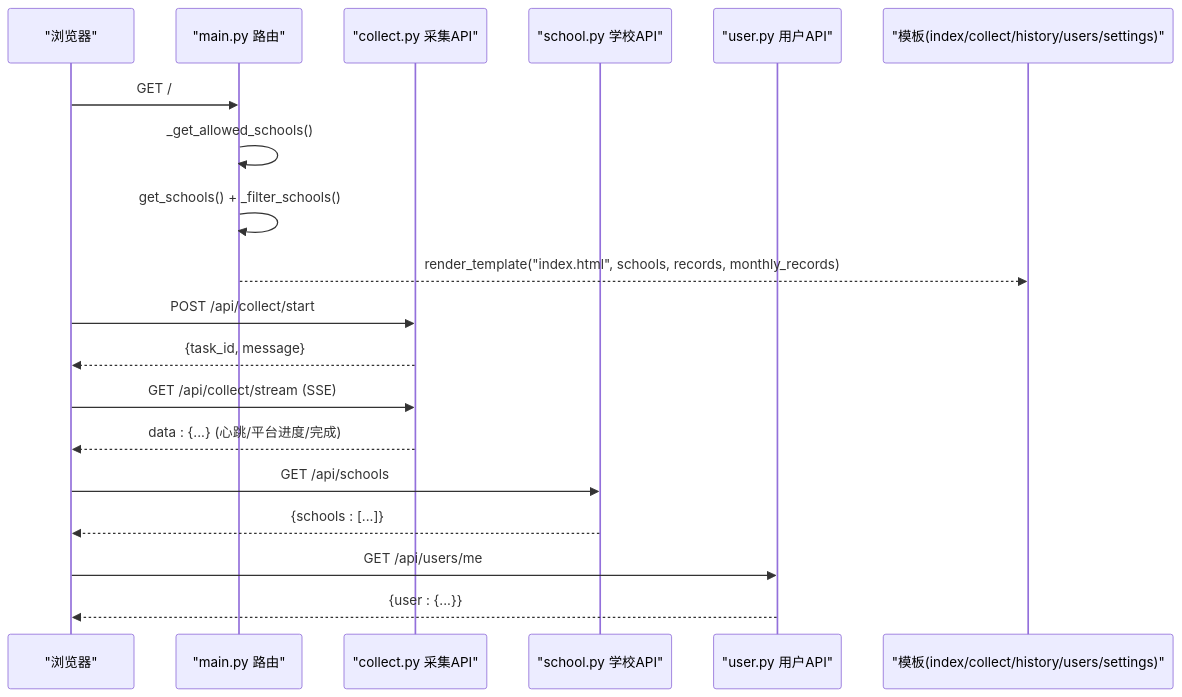
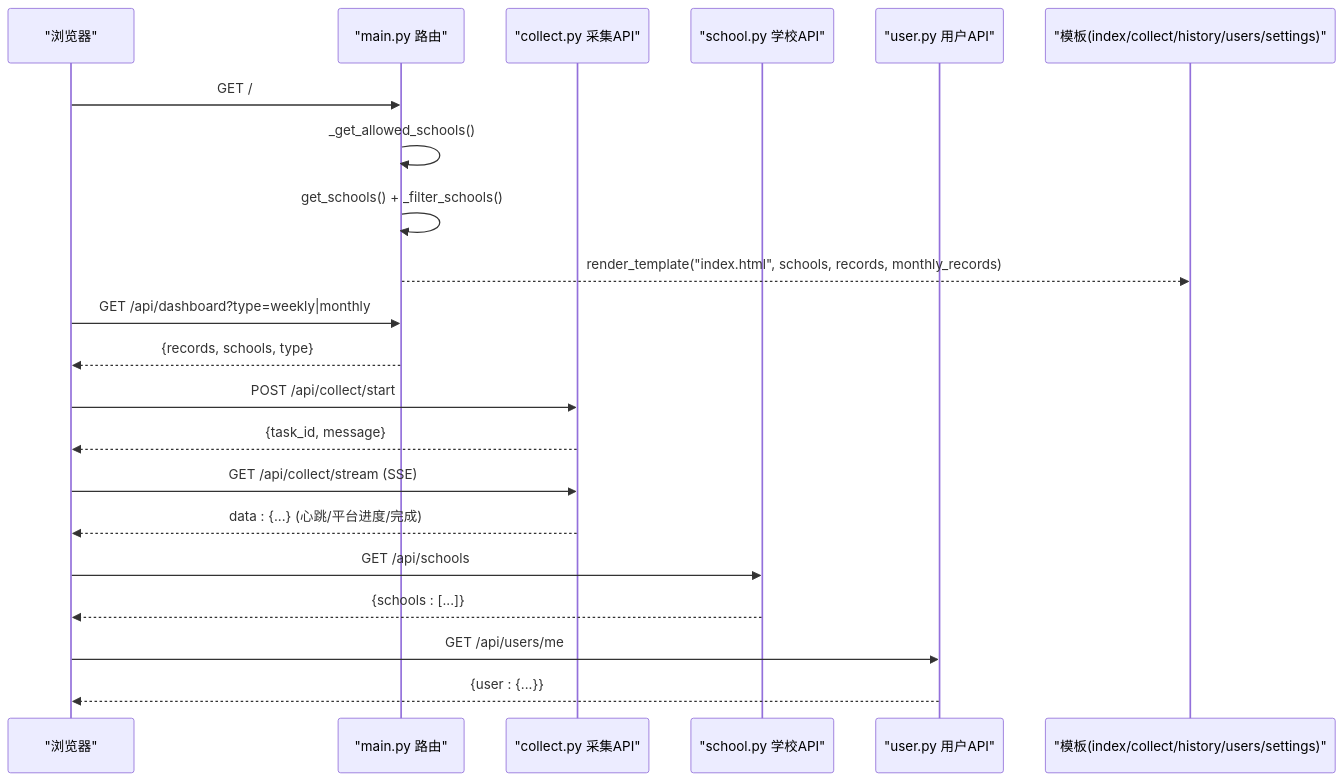
Before and after one commit to oreovan567-pixel/middle-platform-data-collector: the second of 8 diagrams in .qoder/repowiki/zh/content/Web应用/路由系统/主要页面路由.md, drawn with Mermaid. The commit also changed other lines of this file and 11 other files, not shown here.

````diff
--- a/.qoder/repowiki/zh/content/Web应用/路由系统/主要页面路由.md
+++ b/.qoder/repowiki/zh/content/Web应用/路由系统/主要页面路由.md
@@ -105,21 +98,23 @@
 ```mermaid
 sequenceDiagram
 participant U as "浏览器"
 participant M as "main.py 路由"
 participant C as "collect.py 采集API"
 participant S as "school.py 学校API"
 participant Ua as "user.py 用户API"
 participant T as "模板(index/collect/history/users/settings)"
 U->>M : GET /
 M->>M : _get_allowed_schools()
 M->>M : get_schools() + _filter_schools()
 M-->>T : render_template("index.html", schools, records, monthly_records)
+U->>M : GET /api/dashboard?type=weekly|monthly
+M-->>U : {records, schools, type}
 U->>C : POST /api/collect/start
 C-->>U : {task_id, message}
 U->>C : GET /api/collect/stream (SSE)
 C-->>U : data : {...} (心跳/平台进度/完成)
 U->>S : GET /api/schools
 S-->>U : {schools : [...]}
 U->>Ua : GET /api/users/me
 Ua-->>U : {user : {...}}
 ```
````
